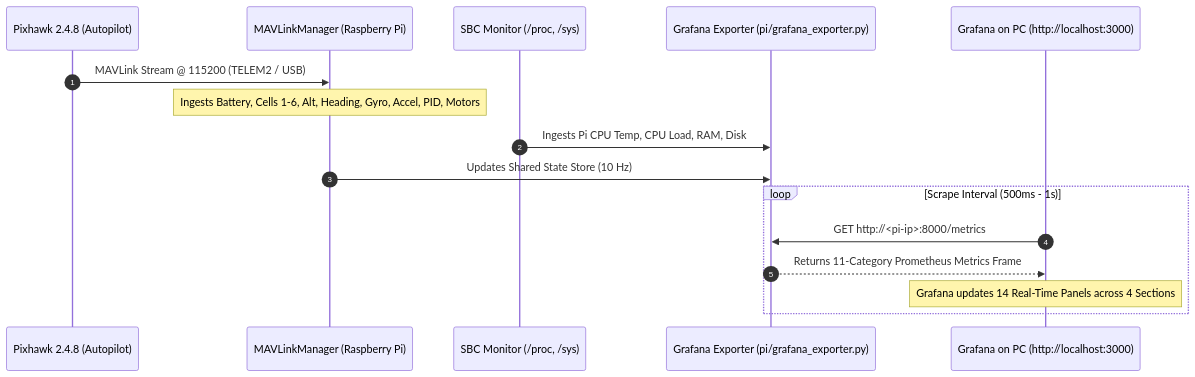
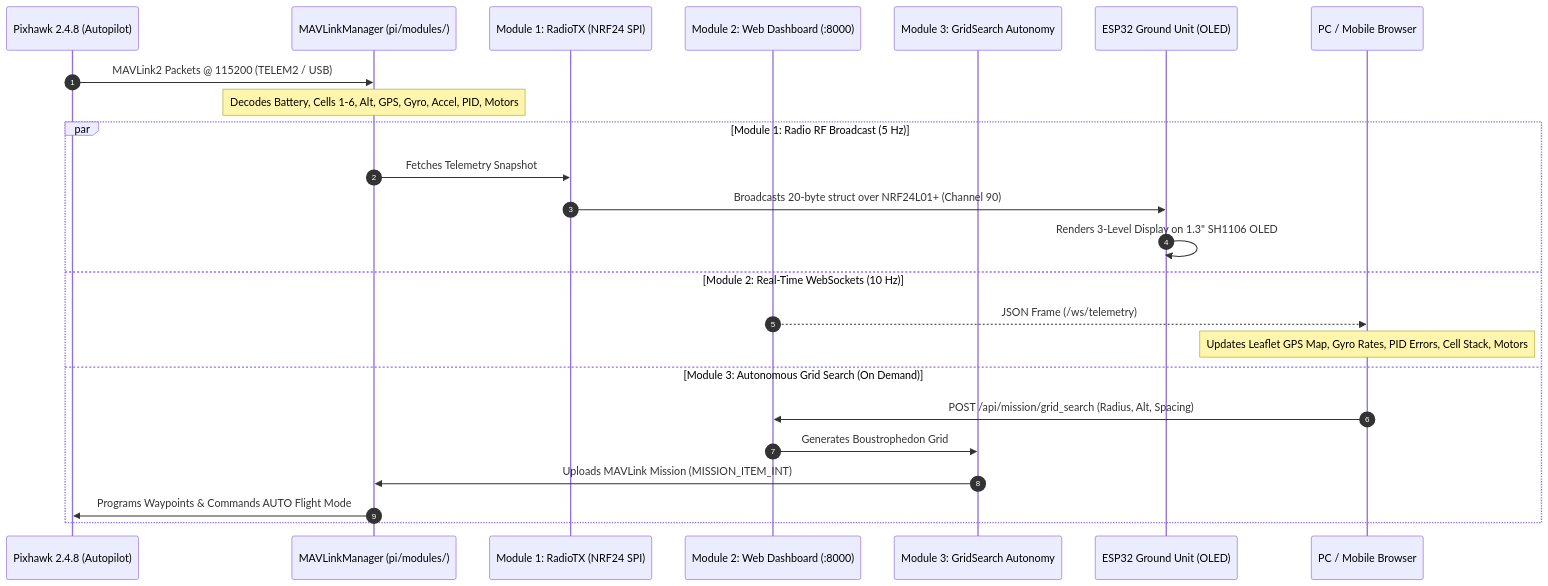
The diagram in docs/pipeline.md (TheLostLeo/drone_telemetry), drawn with Mermaid before and after one commit. The commit also changed other lines of this file and 16 other files, not shown here.

````diff
--- a/docs/pipeline.md
+++ b/docs/pipeline.md
@@ -3,20 +3,28 @@
 ```mermaid
 sequenceDiagram
     autonumber
     participant Pixhawk as Pixhawk 2.4.8 (Autopilot)
-    participant Pi_Serial as MAVLinkManager (Raspberry Pi)
-    participant SBC_Mon as SBC Monitor (/proc, /sys)
-    participant Exp as Grafana Exporter (pi/grafana_exporter.py)
-    participant Graf as Grafana on PC (http://localhost:3000)
+    participant MAV_MGR as MAVLinkManager (pi/modules/)
+    participant Radio_Mod as Module 1: RadioTX (NRF24 SPI)
+    participant Web_Mod as Module 2: Web Dashboard (:8000)
+    participant Grid_Mod as Module 3: GridSearch Autonomy
+    participant ESP as ESP32 Ground Unit (OLED)
+    participant Browser as PC / Mobile Browser
 
-    Pixhawk->>Pi_Serial: MAVLink Stream @ 115200 (TELEM2 / USB)
-    Note over Pi_Serial: Ingests Battery, Cells 1-6, Alt, Heading, Gyro, Accel, PID, Motors
-    SBC_Mon->>Exp: Ingests Pi CPU Temp, CPU Load, RAM, Disk
-    Pi_Serial->>Exp: Updates Shared State Store (10 Hz)
-    
-    loop Scrape Interval (500ms - 1s)
-        Graf->>Exp: GET http://<pi-ip>:8000/metrics
-        Exp-->>Graf: Returns 11-Category Prometheus Metrics Frame
-        Note over Graf: Grafana updates 14 Real-Time Panels across 4 Sections
+    Pixhawk->>MAV_MGR: MAVLink2 Packets @ 115200 (TELEM2 / USB)
+    Note over MAV_MGR: Decodes Battery, Cells 1-6, Alt, GPS, Gyro, Accel, PID, Motors
+
+    par Module 1: Radio RF Broadcast (5 Hz)
+        MAV_MGR->>Radio_Mod: Fetches Telemetry Snapshot
+        Radio_Mod->>ESP: Broadcasts 20-byte struct over NRF24L01+ (Channel 90)
+        ESP->>ESP: Renders 3-Level Display on 1.3" SH1106 OLED
+    and Module 2: Real-Time WebSockets (10 Hz)
+        Web_Mod-->>Browser: JSON Frame (/ws/telemetry)
+        Note over Browser: Updates Leaflet GPS Map, Gyro Rates, PID Errors, Cell Stack, Motors
+    and Module 3: Autonomous Grid Search (On Demand)
+        Browser->>Web_Mod: POST /api/mission/grid_search (Radius, Alt, Spacing)
+        Web_Mod->>Grid_Mod: Generates Boustrophedon Grid
+        Grid_Mod->>MAV_MGR: Uploads MAVLink Mission (MISSION_ITEM_INT)
+        MAV_MGR->>Pixhawk: Programs Waypoints & Commands AUTO Flight Mode
     end
 ```
````
